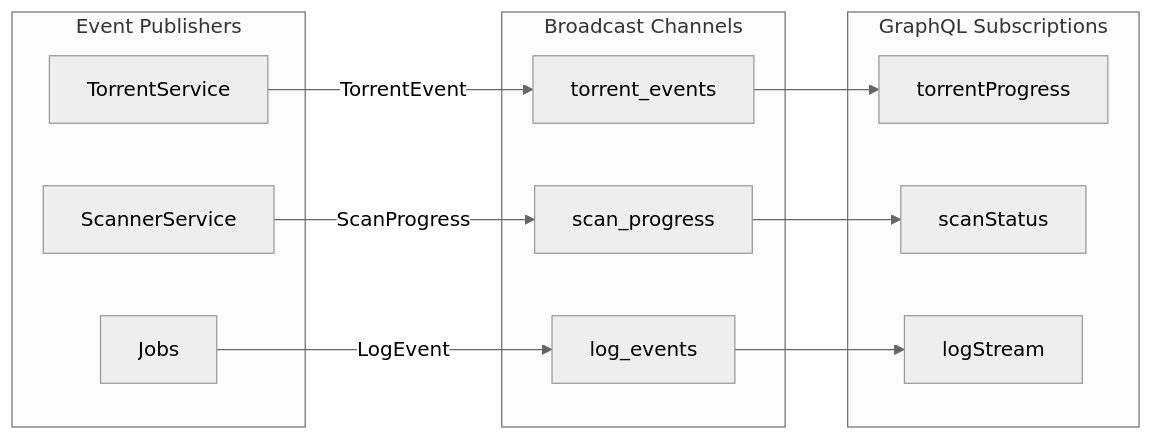
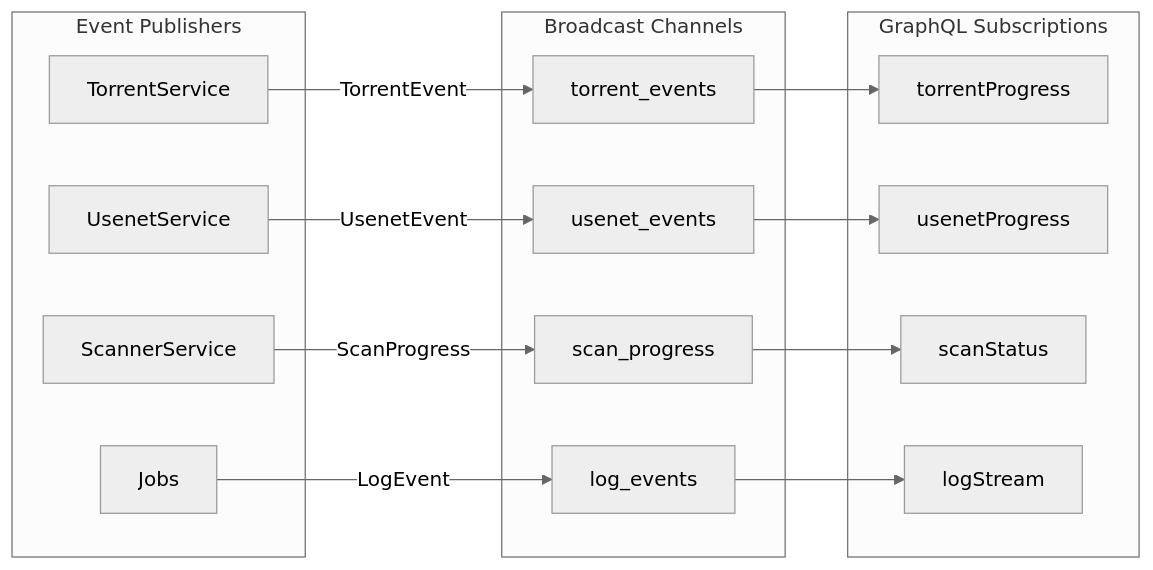
Before and after one commit to Dastari/librarian: diagram 21 of 24 in docs/flows.md, drawn with Mermaid (neutral theme). The commit also changed other lines of this file and 59 other files, not shown here.

````diff
--- a/docs/flows.md
+++ b/docs/flows.md
@@ -702,28 +740,33 @@
 ```mermaid
 flowchart LR
     subgraph Publishers["Event Publishers"]
         A[TorrentService]
+        A2[UsenetService]
         B[ScannerService]
         C[Jobs]
     end
     
     subgraph Channels["Broadcast Channels"]
         D[torrent_events]
+        D2[usenet_events]
         E[scan_progress]
         F[log_events]
     end
     
     subgraph Subscribers["GraphQL Subscriptions"]
         G[torrentProgress]
+        G2[usenetProgress]
         H[scanStatus]
         I[logStream]
     end
     
     A -->|TorrentEvent| D
+    A2 -->|UsenetEvent| D2
     B -->|ScanProgress| E
     C -->|LogEvent| F
     
     D --> G
+    D2 --> G2
     E --> H
     F --> I
 ```
````
